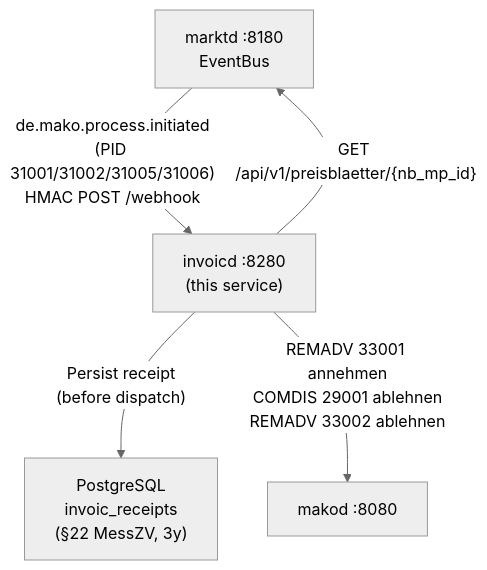
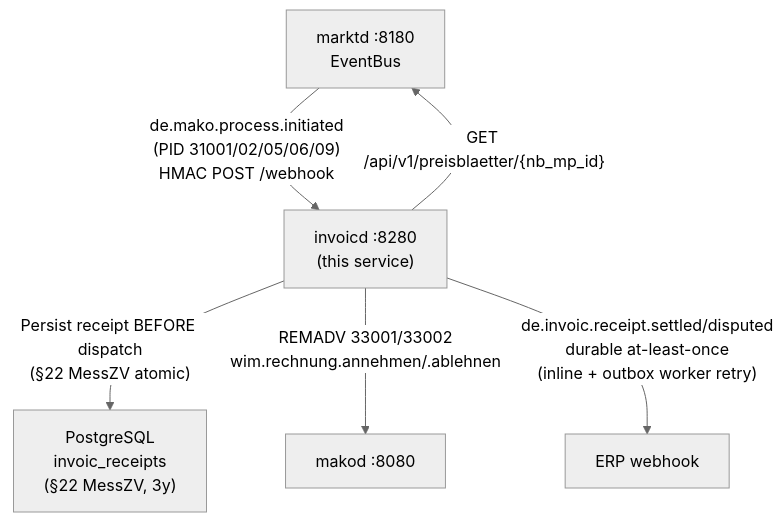
One commit to hupe1980/mako changed the first of 2 diagrams in docs/invoicd.md. Above: the diagram before and after it, drawn with Mermaid (neutral theme). The commit also changed other lines of this file and 163 other files, not shown here.

````diff
--- a/docs/invoicd.md
+++ b/docs/invoicd.md
@@ -23,12 +24,13 @@
 ```mermaid
 graph TB
     marktd["marktd :8180\nEventBus"]
     invoicd["invoicd :8280\n(this service)"]
     makod["makod :8080"]
     pg["PostgreSQL\ninvoic_receipts\n(§22 MessZV, 3y)"]
 
-    marktd -->|"de.mako.process.initiated\n(PID 31001/31002/31005/31006)\nHMAC POST /webhook"| invoicd
+    marktd -->|"de.mako.process.initiated\n(PID 31001/02/05/06/09)\nHMAC POST /webhook"| invoicd
     invoicd -->|"GET /api/v1/preisblaetter/{nb_mp_id}"| marktd
-    invoicd -->|"Persist receipt\n(before dispatch)"| pg
-    invoicd -->|"REMADV 33001 annehmen\nCOMDIS 29001 ablehnen\nREMADV 33002 ablehnen"| makod
+    invoicd -->|"Persist receipt BEFORE dispatch\n(§22 MessZV atomic)"| pg
+    invoicd -->|"REMADV 33001/33002\nwim.rechnung.annehmen/.ablehnen"| makod
+    invoicd -->|"de.invoic.receipt.settled/disputed\ndurable at-least-once\n(inline + outbox worker retry)"| erp["ERP webhook"]
 ```
````
